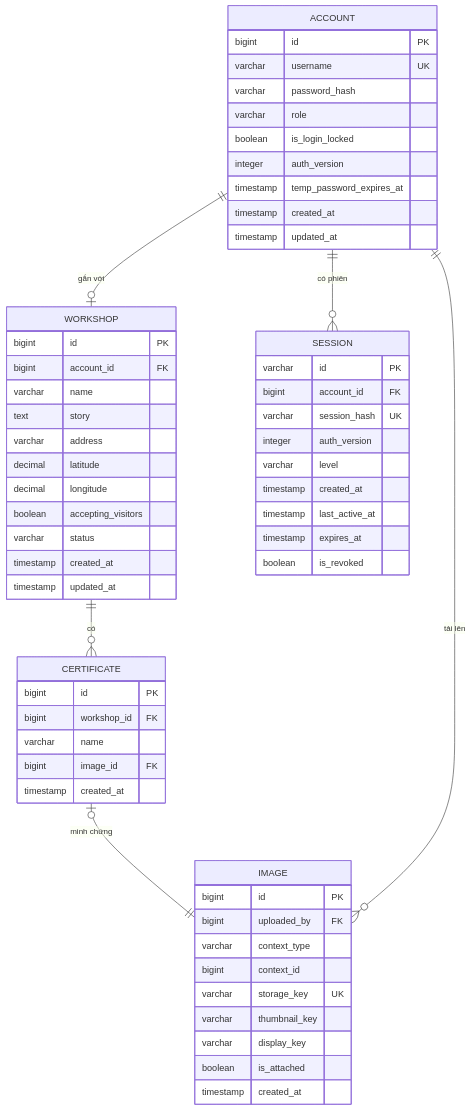
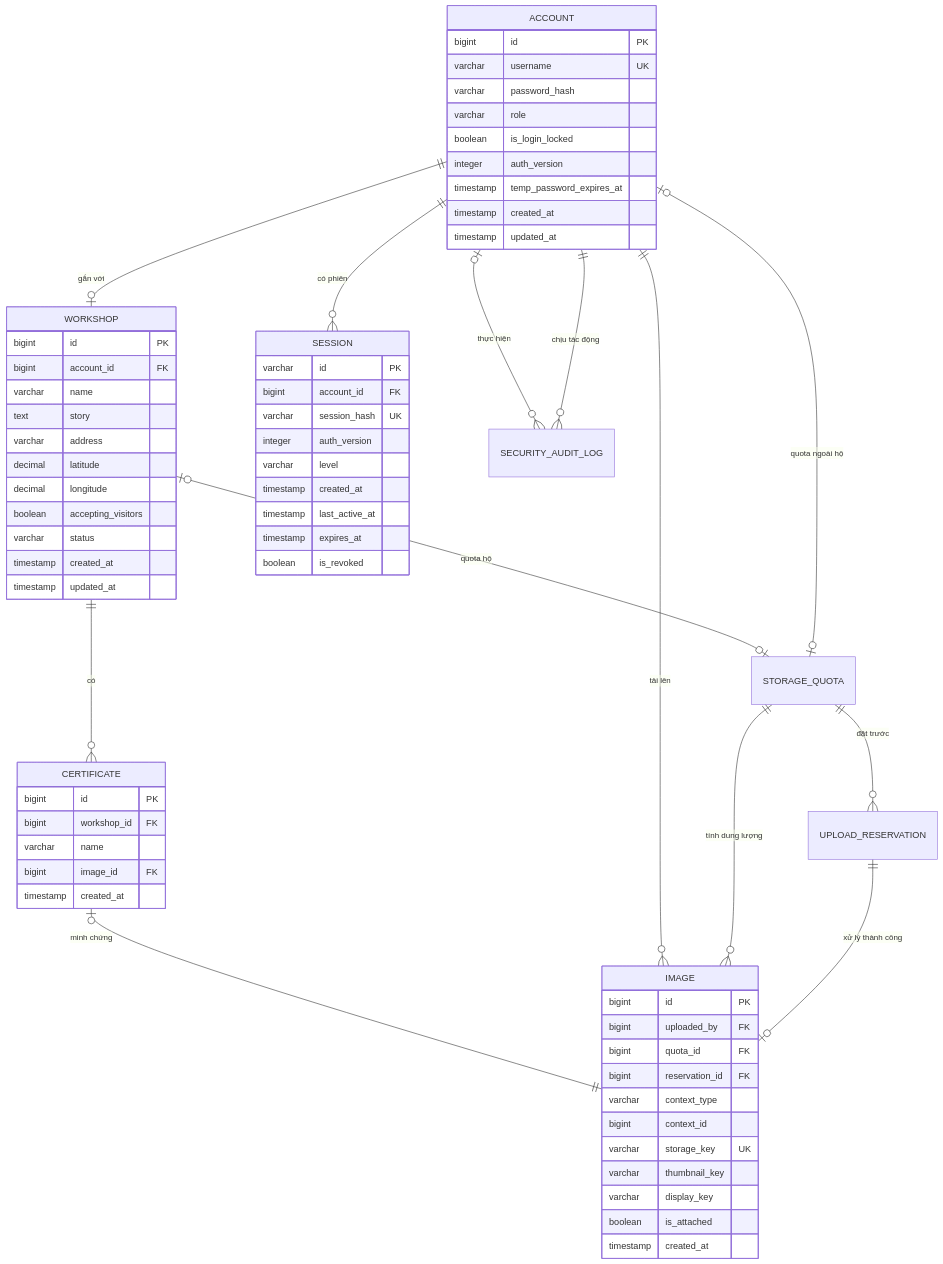
One commit to HUY-TD16/vCraft changed the first of 10 diagrams in docs/02-specifications/data-design.md. Above: the diagram before and after it, drawn with Mermaid. The commit also changed other lines of this file and 1 other file, not shown here.

````diff
--- a/docs/02-specifications/data-design.md
+++ b/docs/02-specifications/data-design.md
@@ -15,62 +15,71 @@
 ```mermaid
 erDiagram
     ACCOUNT {
         bigint id PK
         varchar username UK
         varchar password_hash
         varchar role
         boolean is_login_locked
         integer auth_version
         timestamp temp_password_expires_at
         timestamp created_at
         timestamp updated_at
     }
     WORKSHOP {
         bigint id PK
         bigint account_id FK
         varchar name
         text story
         varchar address
         decimal latitude
         decimal longitude
         boolean accepting_visitors
         varchar status
         timestamp created_at
         timestamp updated_at
     }
     CERTIFICATE {
         bigint id PK
         bigint workshop_id FK
         varchar name
         bigint image_id FK
         timestamp created_at
     }
     SESSION {
         varchar id PK
         bigint account_id FK
         varchar session_hash UK
         integer auth_version
         varchar level
         timestamp created_at
         timestamp last_active_at
         timestamp expires_at
         boolean is_revoked
     }
     IMAGE {
         bigint id PK
         bigint uploaded_by FK
+        bigint quota_id FK
+        bigint reservation_id FK
         varchar context_type
         bigint context_id
         varchar storage_key UK
         varchar thumbnail_key
         varchar display_key
         boolean is_attached
         timestamp created_at
     }
 
     ACCOUNT ||--o| WORKSHOP : "gắn với"
     WORKSHOP ||--o{ CERTIFICATE : "có"
     ACCOUNT ||--o{ SESSION : "có phiên"
     CERTIFICATE o|--|| IMAGE : "minh chứng"
     ACCOUNT ||--o{ IMAGE : "tải lên"
+    ACCOUNT o|--o{ SECURITY_AUDIT_LOG : "thực hiện"
+    ACCOUNT ||--o{ SECURITY_AUDIT_LOG : "chịu tác động"
+    WORKSHOP o|--o| STORAGE_QUOTA : "quota hộ"
+    ACCOUNT o|--o| STORAGE_QUOTA : "quota ngoài hộ"
+    STORAGE_QUOTA ||--o{ UPLOAD_RESERVATION : "đặt trước"
+    STORAGE_QUOTA ||--o{ IMAGE : "tính dung lượng"
+    UPLOAD_RESERVATION ||--o| IMAGE : "xử lý thành công"
 ```
````
